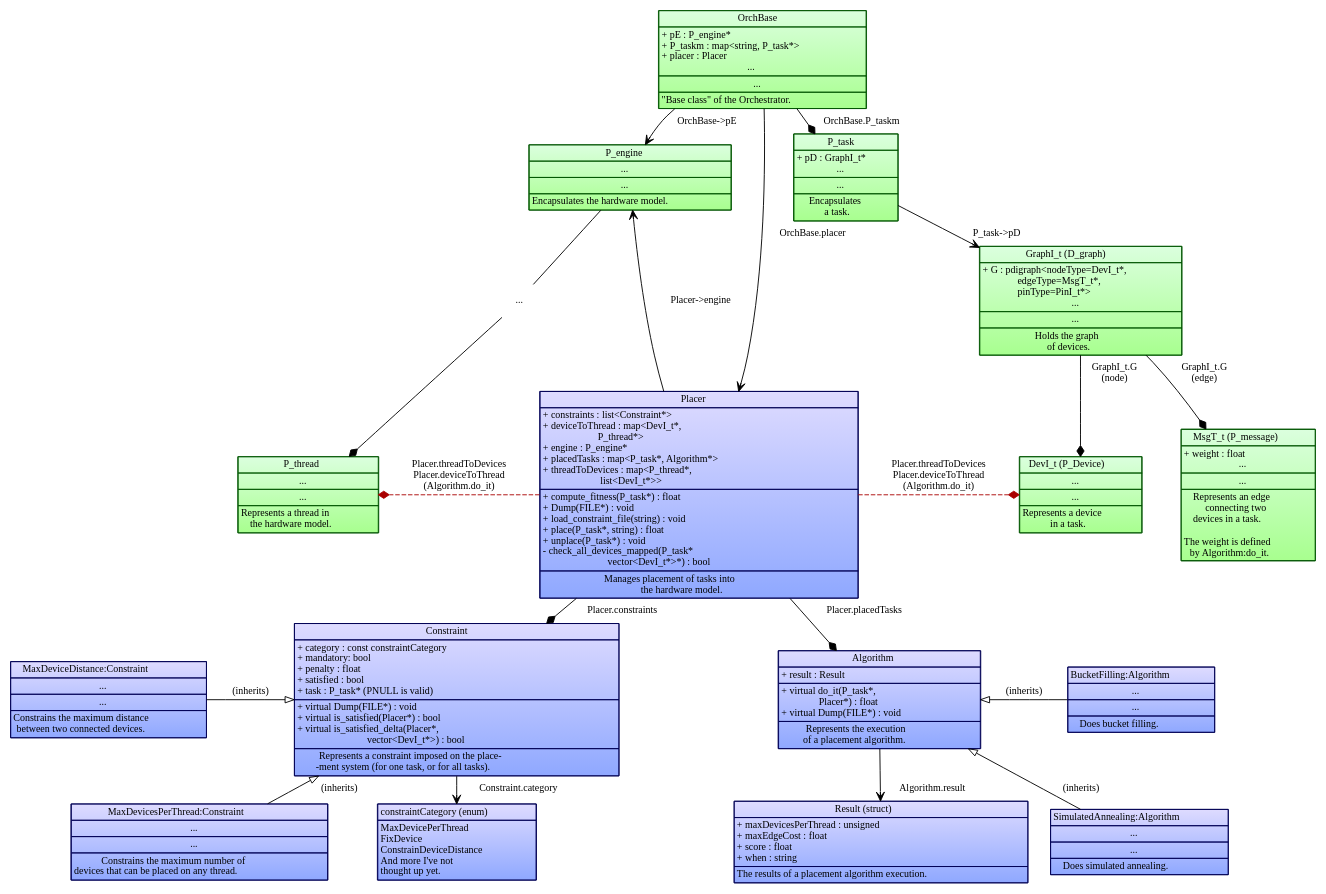
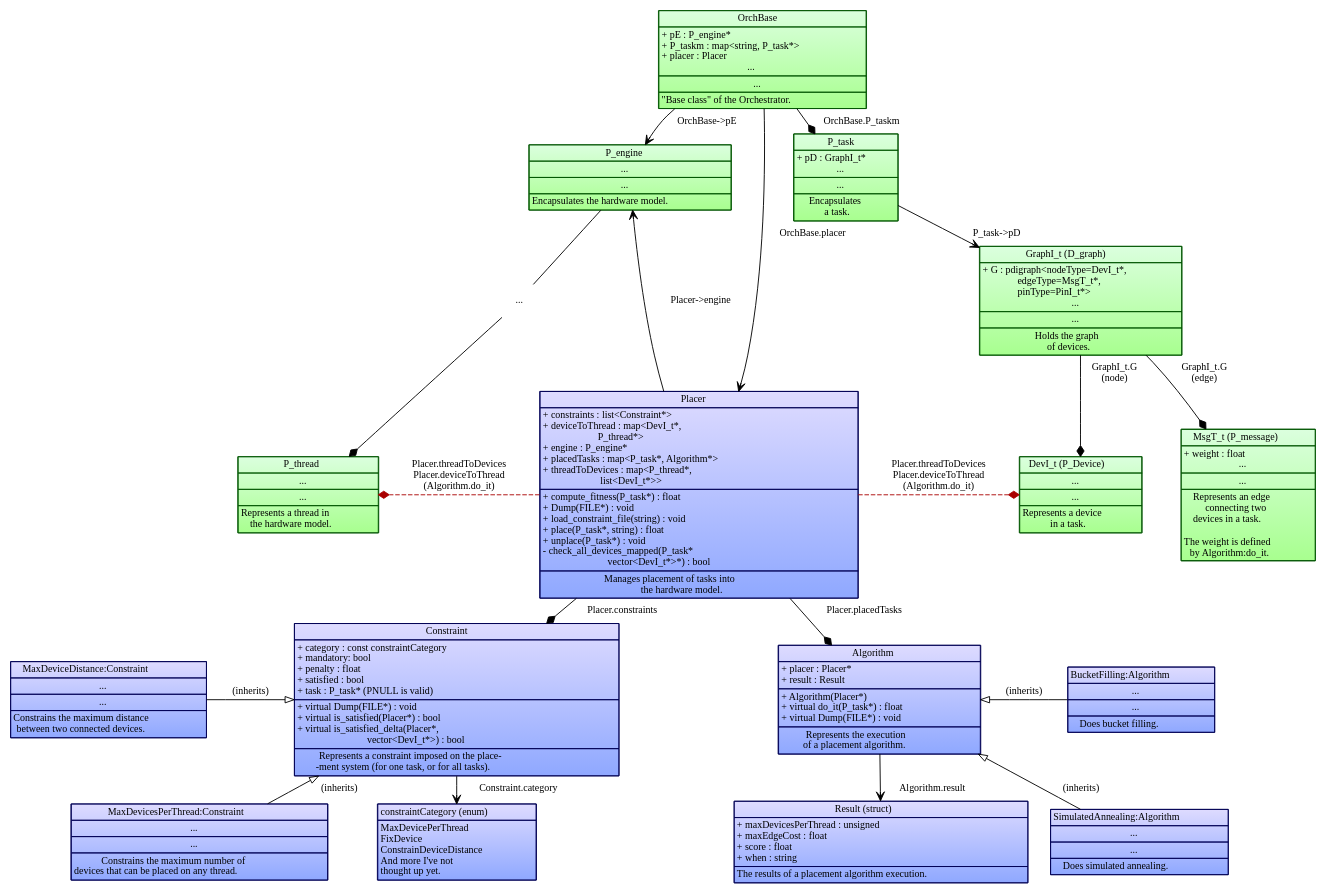
One commit to POETSII/orchestrator-documentation changed the diagram in images/source/placement_design_data_structure.dot. Above: the diagram before and after it, drawn with Graphviz.

Commit message:
Give Algorithm a pointer to the Placer.

```diff
--- a/images/source/placement_design_data_structure.dot
+++ b/images/source/placement_design_data_structure.dot
@@ -207,11 +207,12 @@
     Algorithm[label=<<TABLE BORDER="0" CELLBORDER="1" CELLSPACING="0">
 <TR><TD>Algorithm</TD></TR>
 <TR><TD ALIGN="LEFT">
++ placer : Placer*<BR ALIGN="LEFT"/>
 + result : Result<BR ALIGN="LEFT"/>
 </TD></TR>
 <TR><TD ALIGN="LEFT">
-+ virtual do_it(P_task*,<BR ALIGN="LEFT"/>
-                Placer*) : float<BR ALIGN="LEFT"/>
++ Algorithm(Placer*)<BR ALIGN="LEFT"/>
++ virtual do_it(P_task*) : float<BR ALIGN="LEFT"/>
 + virtual Dump(FILE*) : void<BR ALIGN="LEFT"/>
 </TD></TR>
 <TR><TD ALIGN="TEXT">
```
